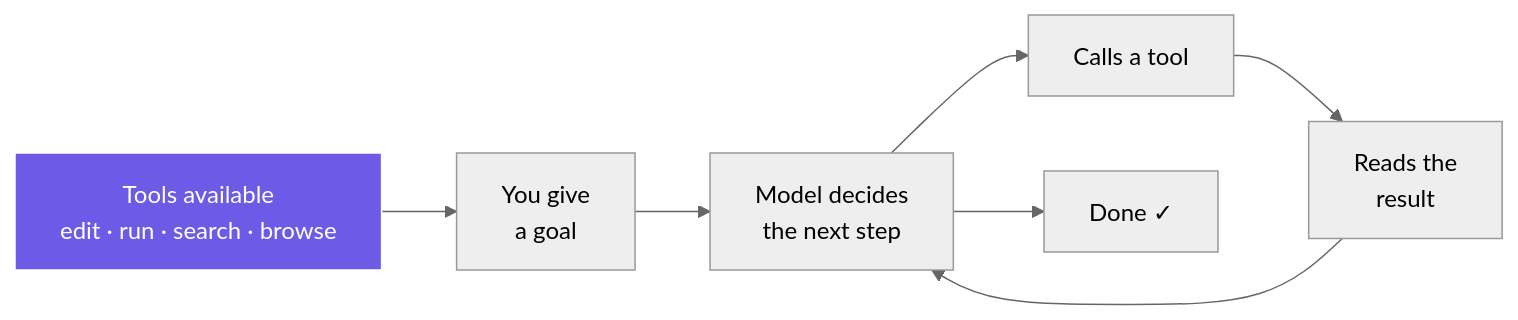
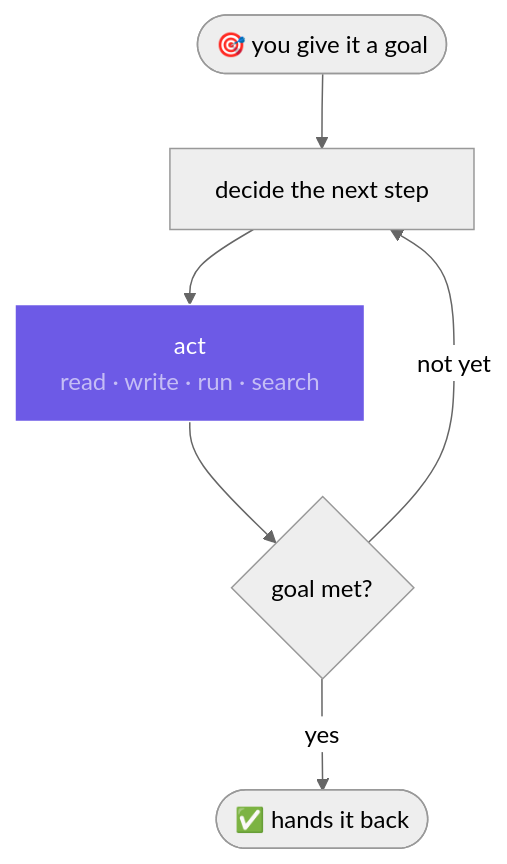
The first of 7 diagrams in slides/decks/ai-workshop/slides.md (ben-bourdin451/dotfiles), drawn with Mermaid (neutral theme) before and after one commit. The commit also changed other lines of this file and 39 other files, not shown here.

````diff
--- a/slides/decks/ai-workshop/slides.md
+++ b/slides/decks/ai-workshop/slides.md
@@ -242,11 +358,10 @@
-```mermaid {scale: 0.8}
-flowchart LR
-  H[Tools available<br/>edit · run · search · browse] --> A[You give<br/>a goal]
-  A --> B[Model decides<br/>the next step]
-  B --> C[Calls a tool]
-  C --> D[Reads the<br/>result]
-  D --> B
-  B --> E[Done ✓]
-  classDef setup fill:#6d5ae6,stroke:#fff,color:#fff;
-  class H setup;
+```mermaid {scale: 0.64}
+flowchart TB
+  G(["🎯 you give it a goal"]) --> P["decide the next step"]
+  P --> A["act<br/><span style='opacity:.6'>read · write · run · search</span>"]
+  A --> C{"goal met?"}
+  C -- not yet --> P
+  C -- yes --> D(["✅ hands it back"])
+  classDef act fill:#6d5ae6,stroke:#fff,color:#fff;
+  class A act;
 ```
````
